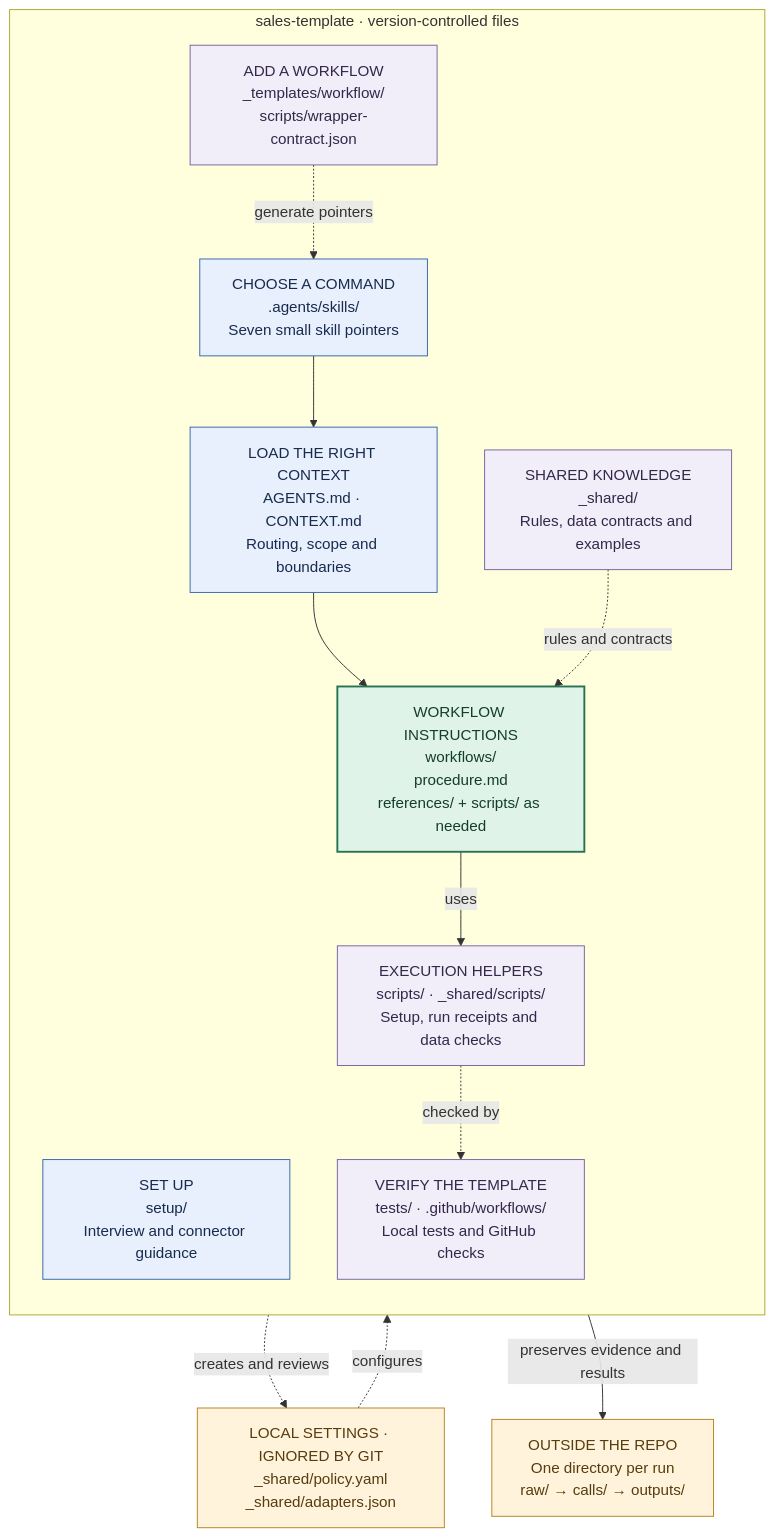
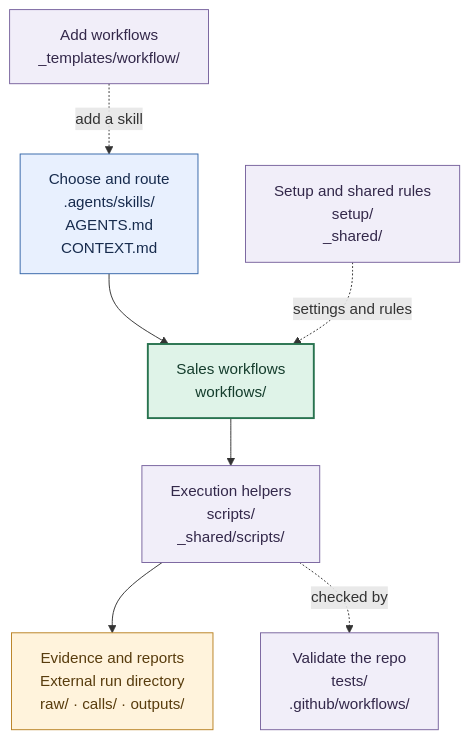
The diagram in README.md (mattdweigand-sketch/sales-template), drawn with Mermaid before and after one commit. The commit also changed other lines of this file, not shown here.

Commit message:
Keep the repository diagram readable in narrow views

````diff
--- a/README.md
+++ b/README.md
@@ -59,36 +59,26 @@
 ```mermaid
 flowchart TB
-    subgraph SOURCE["sales-template · version-controlled files"]
-        direction TB
-        SETUP["SET UP<br/>setup/<br/>Interview and connector guidance"]
-        EXTEND["ADD A WORKFLOW<br/>_templates/workflow/<br/>scripts/wrapper-contract.json"]
-        SKILL["CHOOSE A COMMAND<br/>.agents/skills/<br/>Seven small skill pointers"]
-        ROUTE["LOAD THE RIGHT CONTEXT<br/>AGENTS.md · CONTEXT.md<br/>Routing, scope and boundaries"]
-        WORK["WORKFLOW INSTRUCTIONS<br/>workflows/<br/>procedure.md<br/>references/ + scripts/ as needed"]
-        SHARED["SHARED KNOWLEDGE<br/>_shared/<br/>Rules, data contracts and examples"]
-        TOOLS["EXECUTION HELPERS<br/>scripts/ · _shared/scripts/<br/>Setup, run receipts and data checks"]
-        CHECK["VERIFY THE TEMPLATE<br/>tests/ · .github/workflows/<br/>Local tests and GitHub checks"]
+    EXTEND["Add workflows<br/>_templates/workflow/"]
+    ENTRY["Choose and route<br/>.agents/skills/<br/>AGENTS.md<br/>CONTEXT.md"]
+    SHARED["Setup and shared rules<br/>setup/<br/>_shared/"]
+    WORK["Sales workflows<br/>workflows/"]
+    TOOLS["Execution helpers<br/>scripts/<br/>_shared/scripts/"]
+    CHECK["Validate the repo<br/>tests/<br/>.github/workflows/"]
+    RUN["Evidence and reports<br/>External run directory<br/>raw/ · calls/ · outputs/"]
 
-        SKILL --> ROUTE --> WORK
-        WORK -->|uses| TOOLS
-        SHARED -.->|rules and contracts| WORK
-        EXTEND -.->|generate pointers| SKILL
-        TOOLS -.->|checked by| CHECK
-    end
-
-    SETTINGS["LOCAL SETTINGS · IGNORED BY GIT<br/>_shared/policy.yaml<br/>_shared/adapters.json"]
-    RUN["OUTSIDE THE REPO<br/>One directory per run<br/>raw/ → calls/ → outputs/"]
-
-    SETUP -.->|creates and reviews| SETTINGS
-    SETTINGS -.->|configures| WORK
-    TOOLS -->|preserves evidence and results| RUN
+    EXTEND -.->|add a skill| ENTRY
+    ENTRY --> WORK
+    SHARED -.->|settings and rules| WORK
+    WORK --> TOOLS
+    TOOLS --> RUN
+    TOOLS -.->|checked by| CHECK
 
     classDef entry fill:#e8f0fe,stroke:#3566a8,color:#172b4d
     classDef workflow fill:#dff3e8,stroke:#28734f,color:#153d2d,stroke-width:2px
     classDef support fill:#f1eef9,stroke:#78639e,color:#33284a
-    classDef private fill:#fff3dc,stroke:#b98122,color:#583c0d
-    class SETUP,SKILL,ROUTE entry
+    classDef output fill:#fff3dc,stroke:#b98122,color:#583c0d
+    class ENTRY entry
     class WORK workflow
     class EXTEND,SHARED,TOOLS,CHECK support
-    class SETTINGS,RUN private
+    class RUN output
 ```
````
